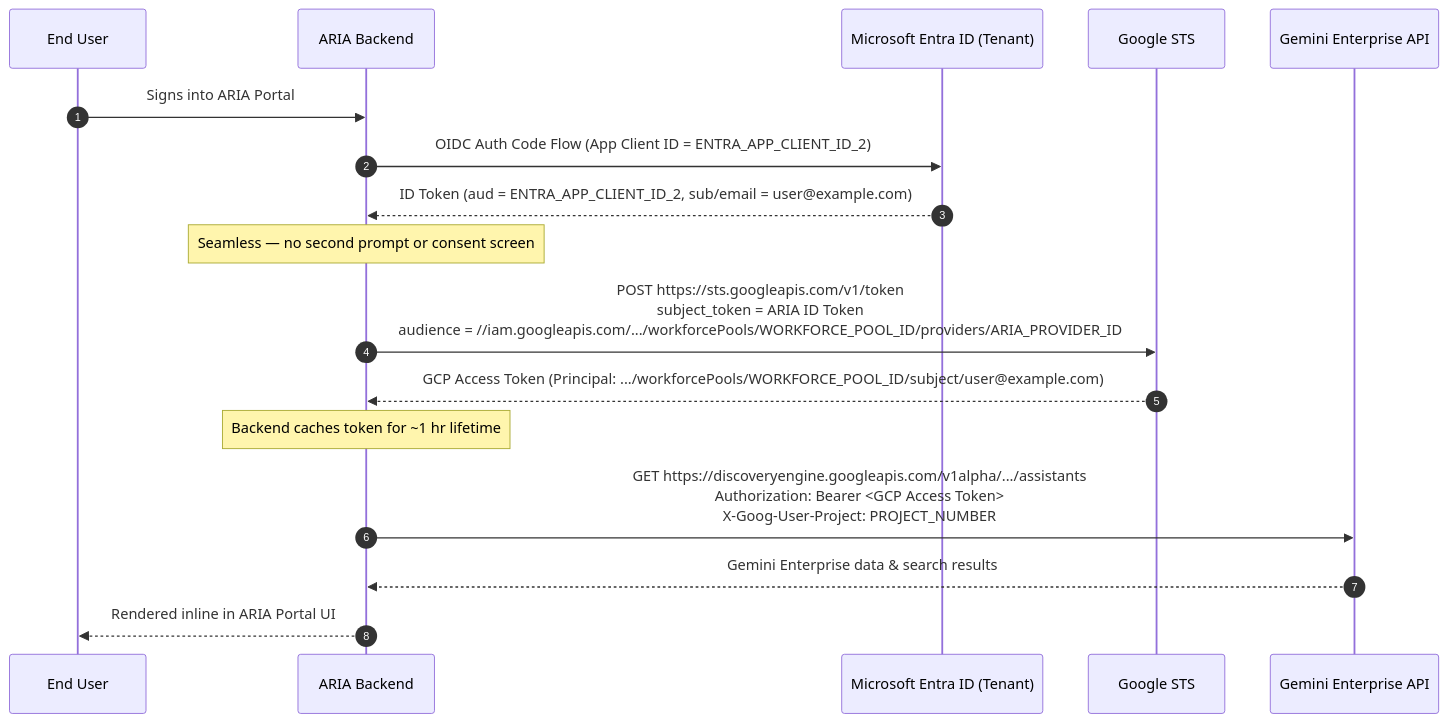
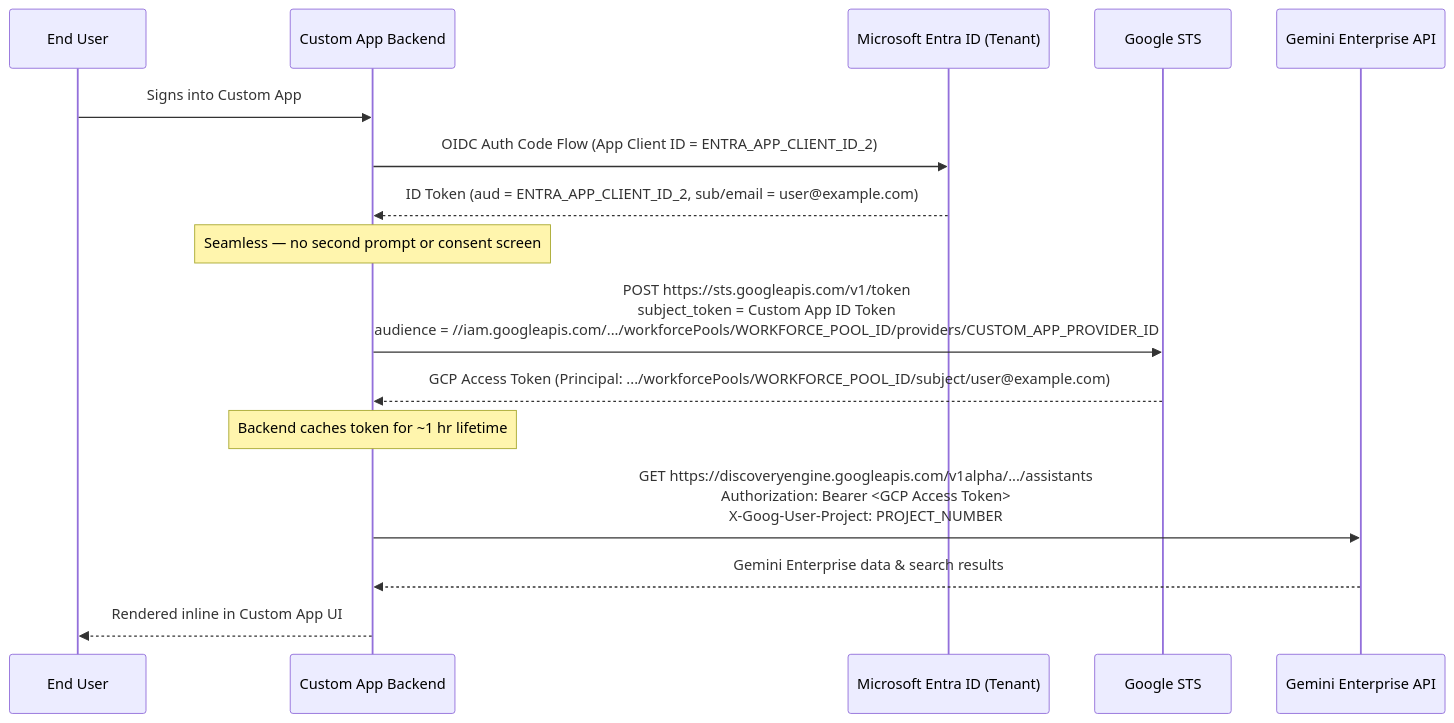
Before and after one commit to hermanmak/gemini-enterprise-api-explorer: the diagram in docs/AUTHENTICATION.md, drawn with Mermaid. The commit also changed other lines of this file, not shown here.

Commit message:
docs: generalize customer app references to generic placeholders

````diff
--- a/docs/AUTHENTICATION.md
+++ b/docs/AUTHENTICATION.md
@@ -123,22 +123,21 @@
 ```mermaid
 sequenceDiagram
-    autonumber
     participant U as End User
-    participant App as ARIA Backend
+    participant App as Custom App Backend
     participant E as Microsoft Entra ID (Tenant)
     participant S as Google STS
     participant G as Gemini Enterprise API
 
-    U->>App: Signs into ARIA Portal
+    U->>App: Signs into Custom App
     App->>E: OIDC Auth Code Flow (App Client ID = ENTRA_APP_CLIENT_ID_2)
     E-->>App: ID Token (aud = ENTRA_APP_CLIENT_ID_2, sub/email = user@example.com)
     Note over App: Seamless — no second prompt or consent screen
 
-    App->>S: POST https://sts.googleapis.com/v1/token<br/>subject_token = ARIA ID Token<br/>audience = //iam.googleapis.com/.../workforcePools/WORKFORCE_POOL_ID/providers/ARIA_PROVIDER_ID
+    App->>S: POST https://sts.googleapis.com/v1/token<br/>subject_token = Custom App ID Token<br/>audience = //iam.googleapis.com/.../workforcePools/WORKFORCE_POOL_ID/providers/CUSTOM_APP_PROVIDER_ID
     S-->>App: GCP Access Token (Principal: .../workforcePools/WORKFORCE_POOL_ID/subject/user@example.com)
     Note over App: Backend caches token for ~1 hr lifetime
 
     App->>G: GET https://discoveryengine.googleapis.com/v1alpha/.../assistants<br/>Authorization: Bearer <GCP Access Token><br/>X-Goog-User-Project: PROJECT_NUMBER
     G-->>App: Gemini Enterprise data & search results
-    App-->>U: Rendered inline in ARIA Portal UI
+    App-->>U: Rendered inline in Custom App UI
 ```
````
